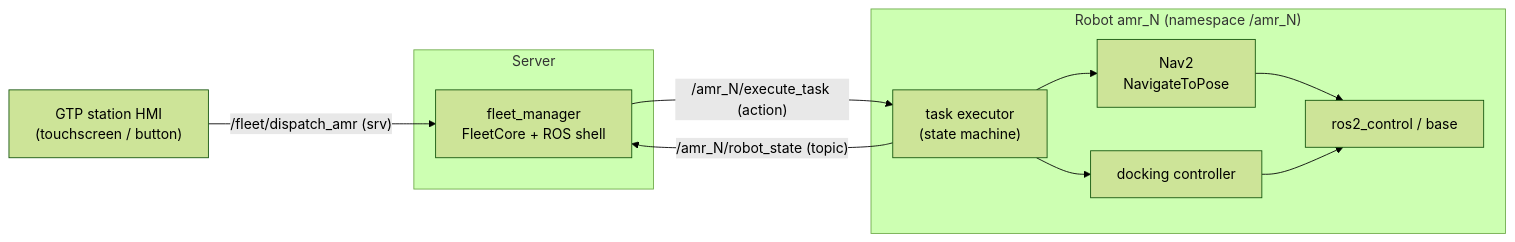
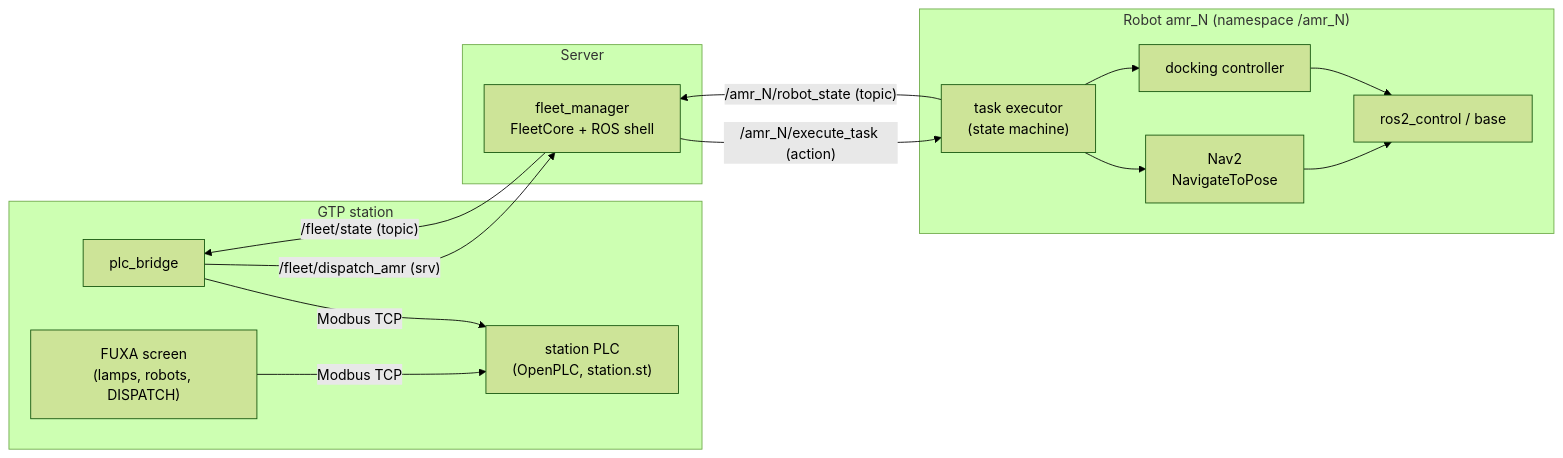
One commit to mm45561/AMR-gtp-fleet changed the first of 2 diagrams in docs/architecture.md. Above: the diagram before and after it, drawn with Mermaid (forest theme). The commit also changed other lines of this file and 3 other files, not shown here.

First line of the commit message:
Document the GTP station PLC and screen; fleet.launch.py plc:=true

````diff
--- a/docs/architecture.md
+++ b/docs/architecture.md
@@ -5,15 +5,20 @@
 ```mermaid
 flowchart LR
-    HMI["GTP station HMI<br/>(touchscreen / button)"] -- "/fleet/dispatch_amr (srv)" --> FMS
+    subgraph "GTP station"
+        HMI["FUXA screen<br/>(lamps, robots, DISPATCH)"] -- "Modbus TCP" --> PLC["station PLC<br/>(OpenPLC, station.st)"]
+        BR["plc_bridge"] -- "Modbus TCP" --> PLC
+    end
+    BR -- "/fleet/dispatch_amr (srv)" --> FMS
+    FMS -- "/fleet/state (topic)" --> BR
     subgraph Server
         FMS["fleet_manager<br/>FleetCore + ROS shell"]
     end
     subgraph "Robot amr_N (namespace /amr_N)"
         EXEC["task executor<br/>(state machine)"] --> NAV["Nav2<br/>NavigateToPose"]
         EXEC --> DOCK["docking controller"]
         NAV --> HW["ros2_control / base"]
         DOCK --> HW
     end
     FMS -- "/amr_N/execute_task (action)" --> EXEC
     EXEC -- "/amr_N/robot_state (topic)" --> FMS
 ```
````
